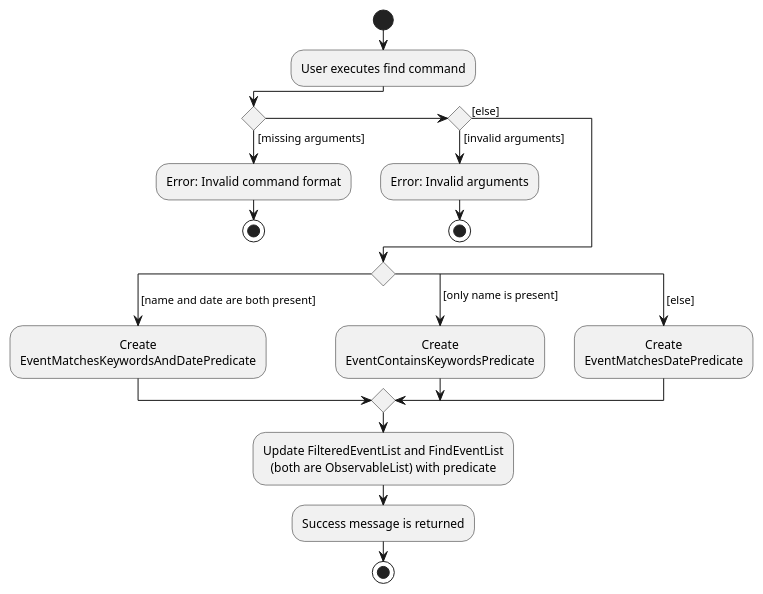
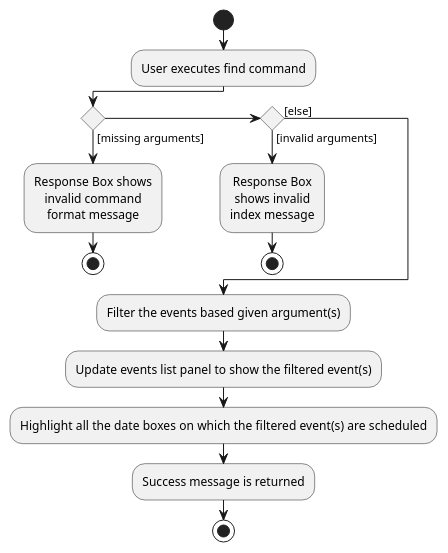
The diagram in docs/diagrams/FindCommandActivityDiagram.puml (nus-cs2103-AY2223S2/tp), drawn with PlantUML before and after one commit. The commit also changed 6 other files, not shown here.

Commit message:
Update Activtiy Diagram

```diff
--- a/docs/diagrams/FindCommandActivityDiagram.puml
+++ b/docs/diagrams/FindCommandActivityDiagram.puml
@@ -1,32 +1,26 @@
 @startuml
 skinparam defaultTextAlignment center
 start
 :User executes find command;
 
 'Since the beta syntax does not support placing the condition outside the
 'diamond we place it as the true branch instead.
 
 if () then ([missing arguments])
-    :Error: Invalid command format;
+    :Response Box shows
+    invalid command
+    format message;
 stop
 else if () then ([invalid arguments])
-    :Error: Invalid arguments;
+    :Response Box
+    shows invalid
+    index message;
 stop
 else ([else])
 endif
-switch ()
-case ( [name and date are both present])
-    :Create
-    EventMatchesKeywordsAndDatePredicate;
-case ( [only name is present])
-    :Create
-    EventContainsKeywordsPredicate;
-case ( [else])
-    :Create
-    EventMatchesDatePredicate;
-endswitch
-:Update FilteredEventList and FindEventList
-(both are ObservableList) with predicate;
+:Filter the events based given argument(s);
+:Update events list panel to show the filtered event(s);
+:Highlight all the date boxes on  which the filtered event(s) are scheduled;
 :Success message is returned;
 stop
 @enduml
```
